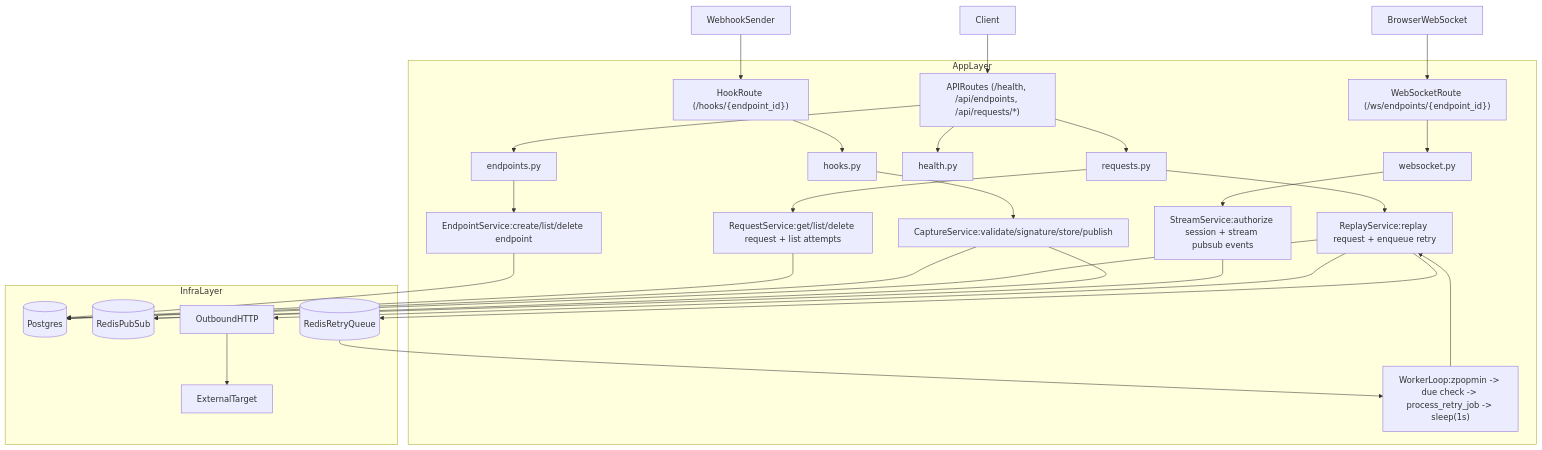
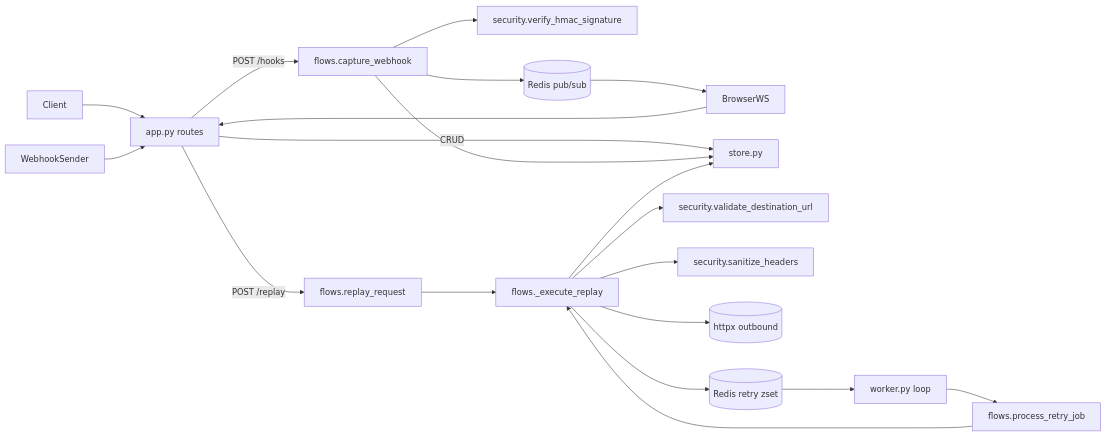
One commit to alexh212/webhook-inspector changed the diagram in backend/ARCHITECTURE.md. Above: the diagram before and after it, drawn with Mermaid. The commit also changed other lines of this file and 46 other files, not shown here.

First line of the commit message:
Flatten backend into 5 modules: app, flows, store, security, worker

````diff
--- a/backend/ARCHITECTURE.md
+++ b/backend/ARCHITECTURE.md
@@ -3,37 +7,30 @@
 ```mermaid
-flowchart TD
-client[Client] --> apiRoutes["APIRoutes (/health, /api/endpoints, /api/requests/*)"]
-webhookSender[WebhookSender] --> hookRoute["HookRoute (/hooks/{endpoint_id})"]
-browserWs[BrowserWebSocket] --> wsRoute["WebSocketRoute (/ws/endpoints/{endpoint_id})"]
+flowchart LR
+  client[Client]
+  webhook[WebhookSender]
+  ws[BrowserWS]
 
-subgraph appLayer [AppLayer]
-apiRoutes --> endpointApi["endpoints.py"]
-apiRoutes --> requestApi["requests.py"]
-apiRoutes --> healthApi["health.py"]
-hookRoute --> hookApi["hooks.py"]
-wsRoute --> wsApi["websocket.py"]
+  client --> appPy["app.py routes"]
+  webhook --> appPy
+  ws --> appPy
 
-endpointApi --> endpointService["EndpointService:create/list/delete endpoint"]
-requestApi --> requestService["RequestService:get/list/delete request + list attempts"]
-requestApi --> replayService["ReplayService:replay request + enqueue retry"]
-hookApi --> captureService["CaptureService:validate/signature/store/publish"]
-wsApi --> streamService["StreamService:authorize session + stream pubsub events"]
+  appPy -- "CRUD" --> storePy["store.py"]
+  appPy -- "POST /hooks" --> capture["flows.capture_webhook"]
+  appPy -- "POST /replay" --> replayApi["flows.replay_request"]
 
-workerLoop["WorkerLoop:zpopmin -> due check -> process_retry_job -> sleep(1s)"] --> replayService
-end
+  capture --> hmac["security.verify_hmac_signature"]
+  capture --> storePy
+  capture --> redisPub[("Redis pub/sub")]
+  redisPub --> ws
 
-subgraph infraLayer [InfraLayer]
-endpointService --> db[(Postgres)]
-requestService --> db
-captureService --> db
-replayService --> db
+  replayApi --> shared["flows._execute_replay"]
+  worker["worker.py loop"] --> retryJob["flows.process_retry_job"]
+  retryJob --> shared
 
-captureService --> redisPub[(RedisPubSub)]
-streamService --> redisPub
-replayService --> redisQueue[(RedisRetryQueue)]
-redisQueue --> workerLoop
-
-replayService --> outboundHttp[OutboundHTTP]
-outboundHttp --> target[ExternalTarget]
-end
+  shared --> ssrf["security.validate_destination_url"]
+  shared --> sanitize["security.sanitize_headers"]
+  shared --> http[("httpx outbound")]
+  shared --> storePy
+  shared --> retryQueue[("Redis retry zset")]
+  retryQueue --> worker
 ```
````
